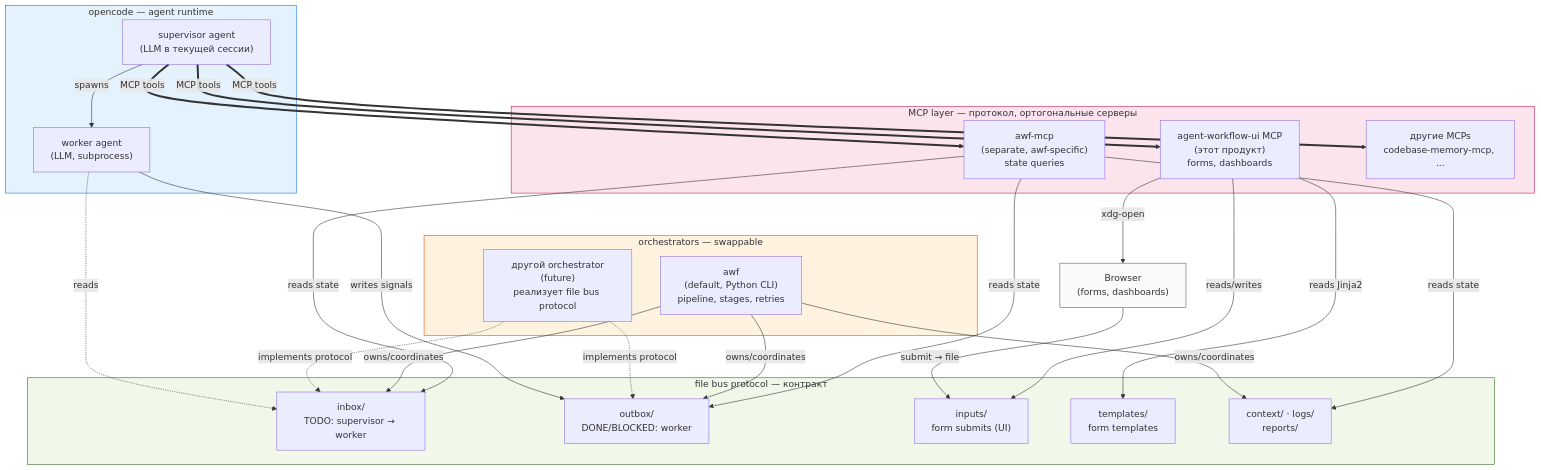
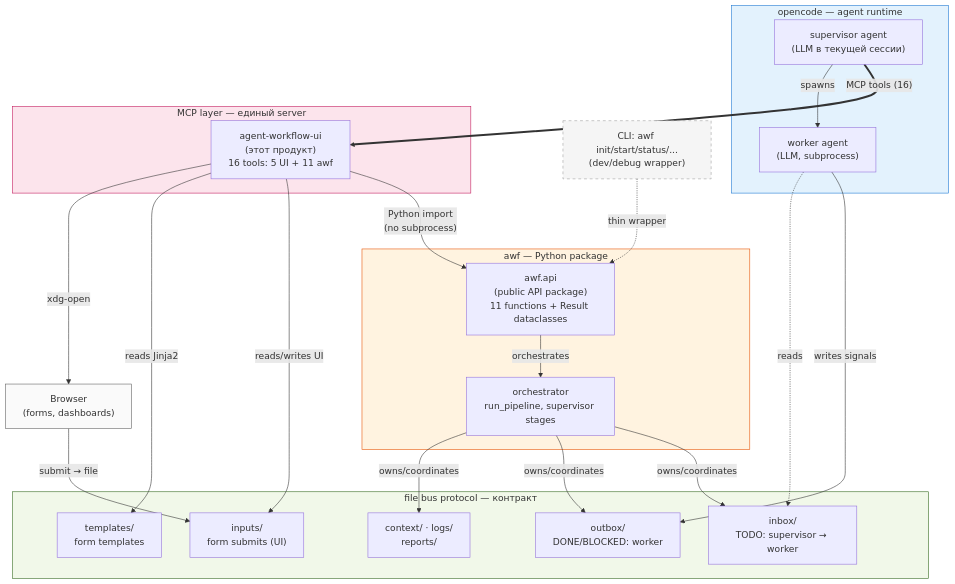
Before and after one commit to EnerJizeIT/agentic-workflow: the diagram in vision/agent-ui-plugin.md, drawn with Mermaid. The commit also changed other lines of this file and 1 other file, not shown here.

First line of the commit message:
docs(vision): v0.5 pivot — MCP primary, plugin depends on awf, single MCP server

````diff
--- a/vision/agent-ui-plugin.md
+++ b/vision/agent-ui-plugin.md
@@ -292,57 +291,52 @@
 ```mermaid
 flowchart TD
     subgraph oc["opencode — agent runtime"]
         SA["supervisor agent<br/>(LLM в текущей сессии)"]
         WA["worker agent<br/>(LLM, subprocess)"]
     end
 
-    subgraph mcp["MCP layer — протокол, ортогональные серверы"]
-        UIMCP["agent-workflow-ui MCP<br/>(этот продукт)<br/>forms, dashboards"]
-        AWFMCP["awf-mcp<br/>(separate, awf-specific)<br/>state queries"]
-        OTHERMCP["другие MCPs<br/>codebase-memory-mcp, ..."]
+    subgraph mcp["MCP layer — единый server"]
+        PLUGIN["agent-workflow-ui<br/>(этот продукт)<br/>16 tools: 5 UI + 11 awf"]
     end
 
-    subgraph orch["orchestrators — swappable"]
-        AWF["awf<br/>(default, Python CLI)<br/>pipeline, stages, retries"]
-        OTHER["другой orchestrator<br/>(future)<br/>реализует file bus protocol"]
+    subgraph awf_pkg["awf — Python package"]
+        API["awf.api<br/>(public API package)<br/>11 functions + Result dataclasses"]
+        ORCH["orchestrator<br/>run_pipeline, supervisor stages"]
     end
 
     subgraph bus["file bus protocol — контракт"]
         IN["inbox/<br/>TODO: supervisor → worker"]
         OUT["outbox/<br/>DONE/BLOCKED: worker"]
         INPUTS["inputs/<br/>form submits (UI)"]
         TMPL["templates/<br/>form templates"]
         CTX["context/ · logs/<br/>reports/"]
     end
 
     BR["Browser<br/>(forms, dashboards)"]
+    CLI["CLI: awf init/start/status/...<br/>(dev/debug wrapper)"]
 
-    SA ==>|"MCP tools"| UIMCP
-    SA ==>|"MCP tools"| AWFMCP
-    SA ==>|"MCP tools"| OTHERMCP
+    SA ==>|"MCP tools (16)"| PLUGIN
     SA -->|"spawns"| WA
+    CLI -.->|"thin wrapper"| API
 
-    UIMCP -->|"reads/writes"| INPUTS
-    UIMCP -->|"reads Jinja2"| TMPL
-    UIMCP -->|"xdg-open"| BR
+    PLUGIN -->|"Python import<br/>(no subprocess)"| API
+    PLUGIN -->|"reads/writes UI"| INPUTS
+    PLUGIN -->|"reads Jinja2"| TMPL
+    PLUGIN -->|"xdg-open"| BR
     BR -->|"submit → file"| INPUTS
 
-    AWFMCP -->|"reads state"| IN
-    AWFMCP -->|"reads state"| OUT
-    AWFMCP -->|"reads state"| CTX
-
-    AWF -->|"owns/coordinates"| IN
-    AWF -->|"owns/coordinates"| OUT
-    AWF -->|"owns/coordinates"| CTX
-    OTHER -.->|"implements protocol"| IN
-    OTHER -.->|"implements protocol"| OUT
+    API -->|"orchestrates"| ORCH
+    ORCH -->|"owns/coordinates"| IN
+    ORCH -->|"owns/coordinates"| OUT
+    ORCH -->|"owns/coordinates"| CTX
 
     WA -->|"writes signals"| OUT
     WA -.->|"reads"| IN
 
     style oc fill:#e3f2fd,stroke:#1976d2
     style mcp fill:#fce4ec,stroke:#c2185b
-    style orch fill:#fff3e0,stroke:#e65100
+    style awf_pkg fill:#fff3e0,stroke:#e65100
     style bus fill:#f1f8e9,stroke:#33691e
     style BR fill:#fafafa,stroke:#616161
+    style CLI fill:#f5f5f5,stroke:#9e9e9e,stroke-dasharray: 5 5
 ```
````
